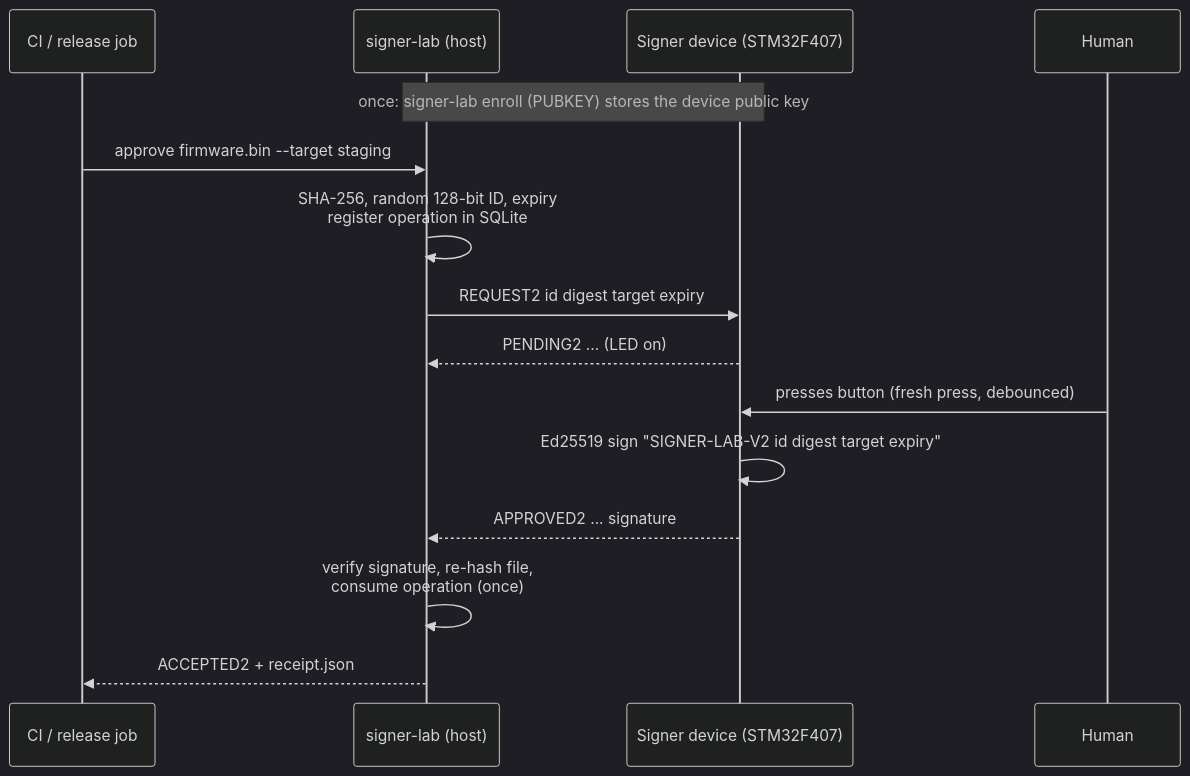
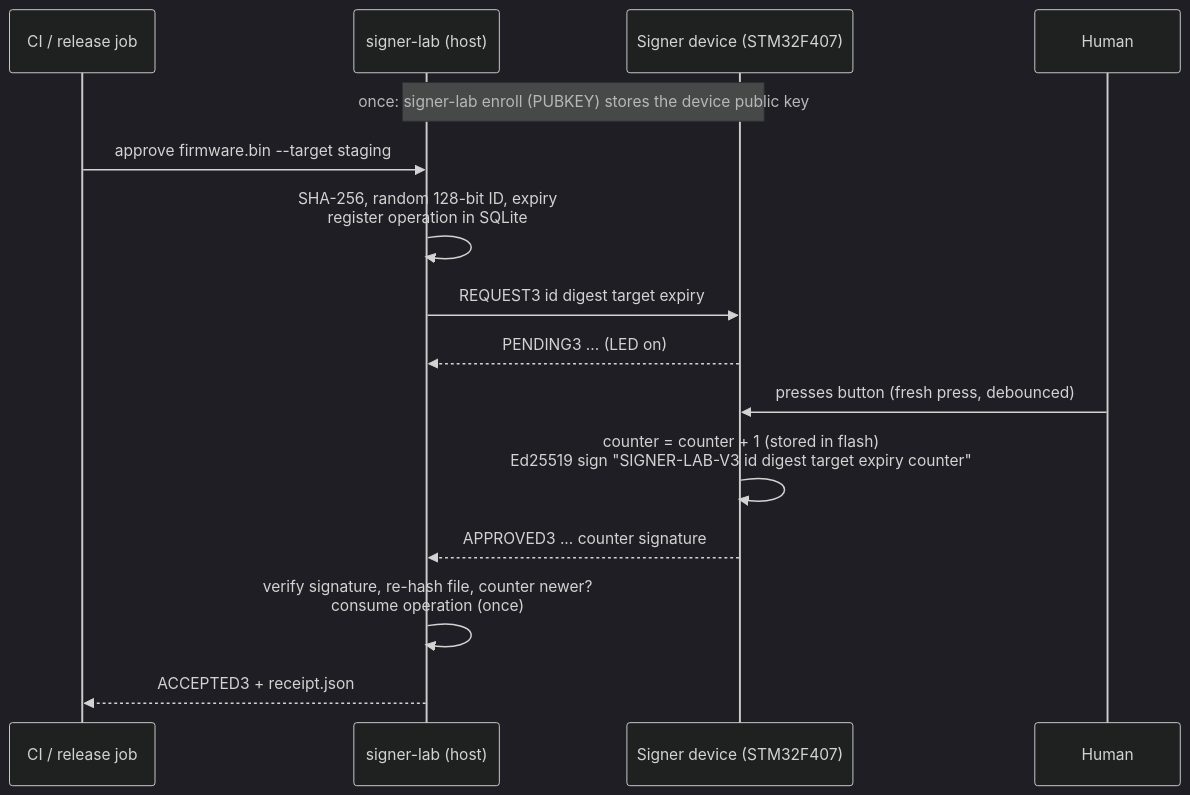
One commit to denizkapici/firmware-signer-lab changed the diagram in README.md. Above: the diagram before and after it, drawn with Mermaid (dark theme). The commit also changed other lines of this file and 4 other files, not shown here.

````diff
--- a/README.md
+++ b/README.md
@@ -18,18 +18,18 @@
 ```mermaid
 sequenceDiagram
     participant CI as CI / release job
     participant Host as signer-lab (host)
     participant Dev as Signer device (STM32F407)
     participant User as Human
 
     Note over Host,Dev: once: signer-lab enroll (PUBKEY) stores the device public key
     CI->>Host: approve firmware.bin --target staging
     Host->>Host: SHA-256, random 128-bit ID, expiry<br/>register operation in SQLite
-    Host->>Dev: REQUEST2 id digest target expiry
-    Dev-->>Host: PENDING2 ... (LED on)
+    Host->>Dev: REQUEST3 id digest target expiry
+    Dev-->>Host: PENDING3 ... (LED on)
     User->>Dev: presses button (fresh press, debounced)
-    Dev->>Dev: Ed25519 sign "SIGNER-LAB-V2 id digest target expiry"
-    Dev-->>Host: APPROVED2 ... signature
-    Host->>Host: verify signature, re-hash file,<br/>consume operation (once)
-    Host-->>CI: ACCEPTED2 + receipt.json
+    Dev->>Dev: counter = counter + 1 (stored in flash)<br/>Ed25519 sign "SIGNER-LAB-V3 id digest target expiry counter"
+    Dev-->>Host: APPROVED3 ... counter signature
+    Host->>Host: verify signature, re-hash file, counter newer?<br/>consume operation (once)
+    Host-->>CI: ACCEPTED3 + receipt.json
 ```
````
